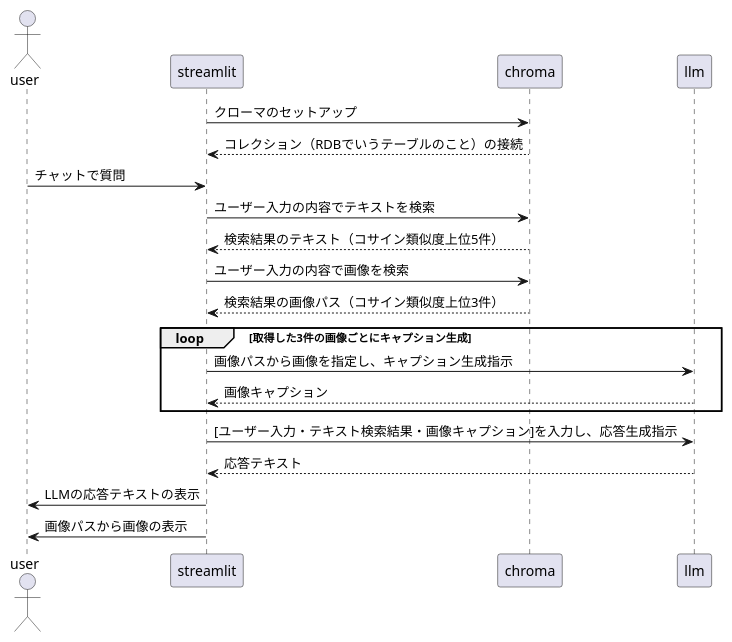
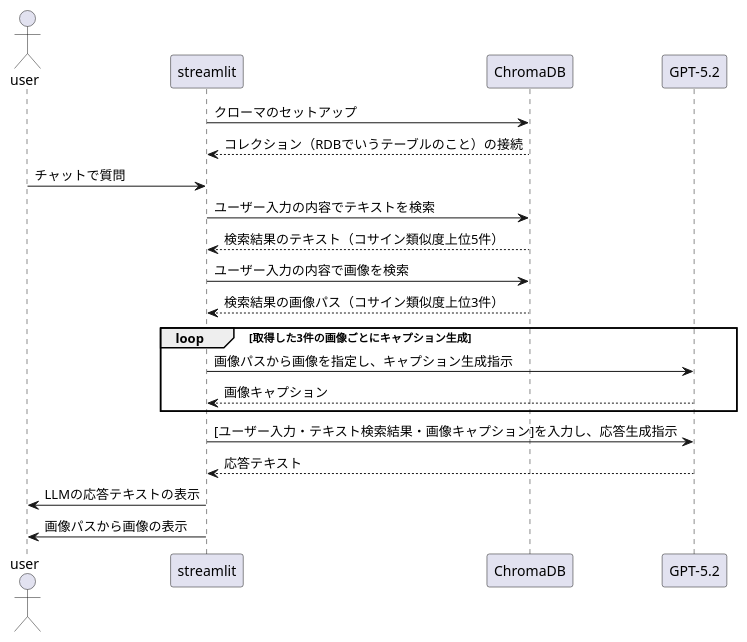
One commit to isys-chan/multi-modal-rag-poc changed the diagram in PoC_documents/app_caption.puml. Above: the diagram before and after it, drawn with PlantUML. The commit also changed 1 other file, not shown here.

```diff
--- a/PoC_documents/app_caption.puml
+++ b/PoC_documents/app_caption.puml
@@ -1,31 +1,31 @@
 @startuml
 
 actor user
 participant streamlit
-participant chroma
-participant llm
+participant chroma as "ChromaDB"
+participant llm as "GPT-5.2"
 
 
 streamlit -> chroma: クローマのセットアップ
 chroma --> streamlit: コレクション（RDBでいうテーブルのこと）の接続
 
 user -> streamlit: チャットで質問
 
 streamlit -> chroma: ユーザー入力の内容でテキストを検索
 chroma --> streamlit: 検索結果のテキスト（コサイン類似度上位5件）
 
 streamlit -> chroma: ユーザー入力の内容で画像を検索
 chroma --> streamlit: 検索結果の画像パス（コサイン類似度上位3件）
 
 loop 取得した3件の画像ごとにキャプション生成
   streamlit -> llm: 画像パスから画像を指定し、キャプション生成指示
   llm --> streamlit: 画像キャプション
 end
 
 streamlit -> llm: [ユーザー入力・テキスト検索結果・画像キャプション]を入力し、応答生成指示
 llm --> streamlit: 応答テキスト
 
 streamlit -> user: LLMの応答テキストの表示
 streamlit -> user: 画像パスから画像の表示
 
 @enduml
```
